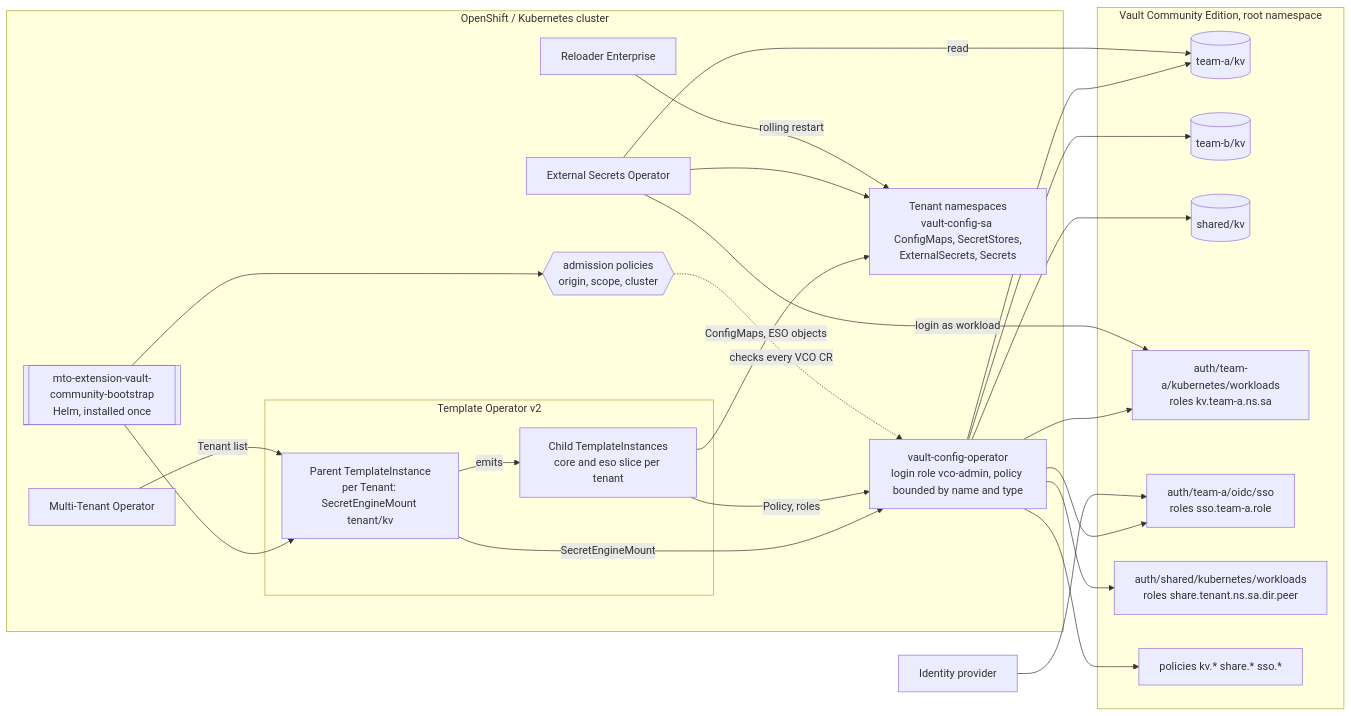
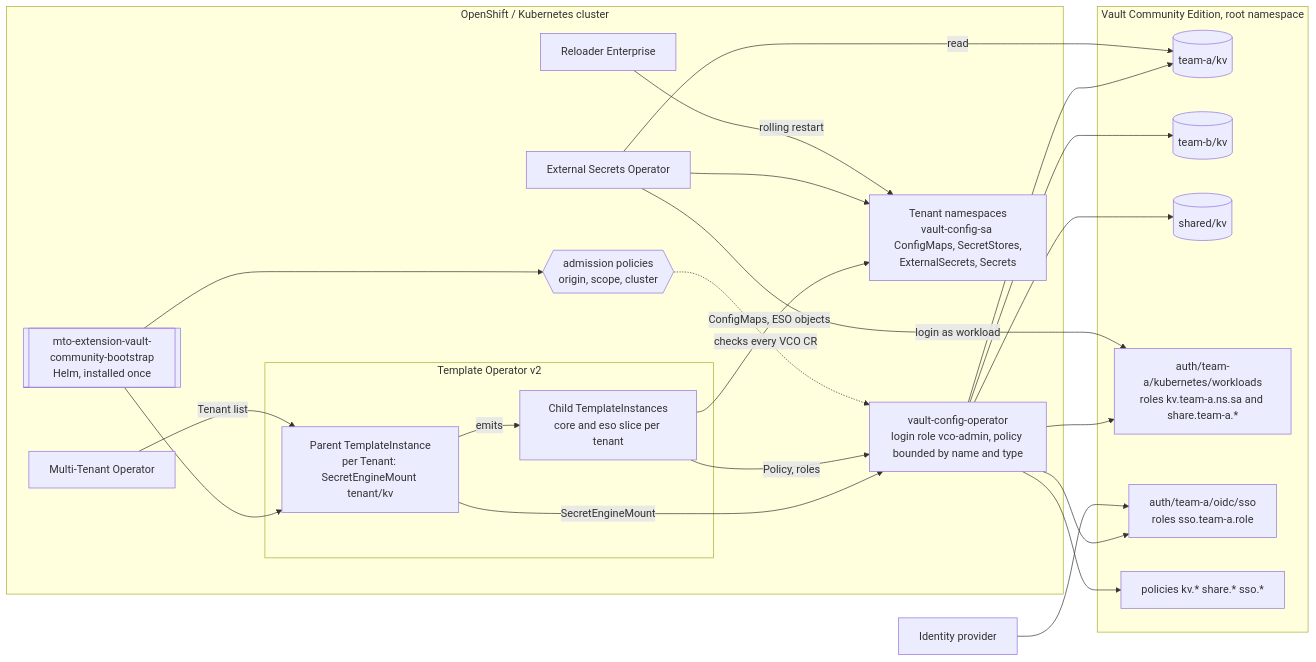
Before and after one commit to stakater/mto-extension-vault-community: the second of 6 diagrams in docs/diagrams.md, drawn with Mermaid. The commit also changed other lines of this file and 43 other files, not shown here.

````diff
--- a/docs/diagrams.md
+++ b/docs/diagrams.md
@@ -33,40 +33,39 @@
 ```mermaid
 flowchart LR
   subgraph Cluster[OpenShift / Kubernetes cluster]
     MTO[Multi-Tenant Operator]
     subgraph TOP[Template Operator v2]
       PTI[Parent TemplateInstance<br/>per Tenant: SecretEngineMount tenant/kv]
       CTI[Child TemplateInstances<br/>core and eso slice per tenant]
     end
     BOOT[[mto-extension-vault-community-bootstrap<br/>Helm, installed once]]
     VCO[vault-config-operator<br/>login role vco-admin, policy bounded by name and type]
     VAP{{admission policies<br/>origin, scope, cluster}}
     NS[Tenant namespaces<br/>vault-config-sa ConfigMaps, SecretStores,<br/>ExternalSecrets, Secrets]
     ESO[External Secrets Operator]
     REL[Reloader Enterprise]
   end
   subgraph V[Vault Community Edition, root namespace]
     KVA[(team-a/kv)]
     KVB[(team-b/kv)]
     KVS[(shared/kv)]
-    K8S[auth/team-a/kubernetes/workloads<br/>roles kv.team-a.ns.sa]
+    K8S[auth/team-a/kubernetes/workloads<br/>roles kv.team-a.ns.sa and share.team-a.*]
     OIDC[auth/team-a/oidc/sso<br/>roles sso.team-a.role]
-    K8SS[auth/shared/kubernetes/workloads<br/>roles share.tenant.ns.sa.dir.peer]
     POL[policies kv.* share.* sso.*]
   end
   IDP[Identity provider]
   BOOT --> PTI
   MTO -->|Tenant list| PTI
   PTI -->|emits| CTI
   PTI -->|SecretEngineMount| VCO
   CTI -->|Policy, roles| VCO
   CTI -->|ConfigMaps, ESO objects| NS
   BOOT --> VAP
   VAP -.->|checks every VCO CR| VCO
-  VCO --> KVA & KVB & KVS & K8S & K8SS & OIDC & POL
+  VCO --> KVA & KVB & KVS & K8S & OIDC & POL
   ESO -->|login as workload| K8S
   ESO -->|read| KVA
   ESO --> NS
   REL -->|rolling restart| NS
   IDP --> OIDC
 ```
````
